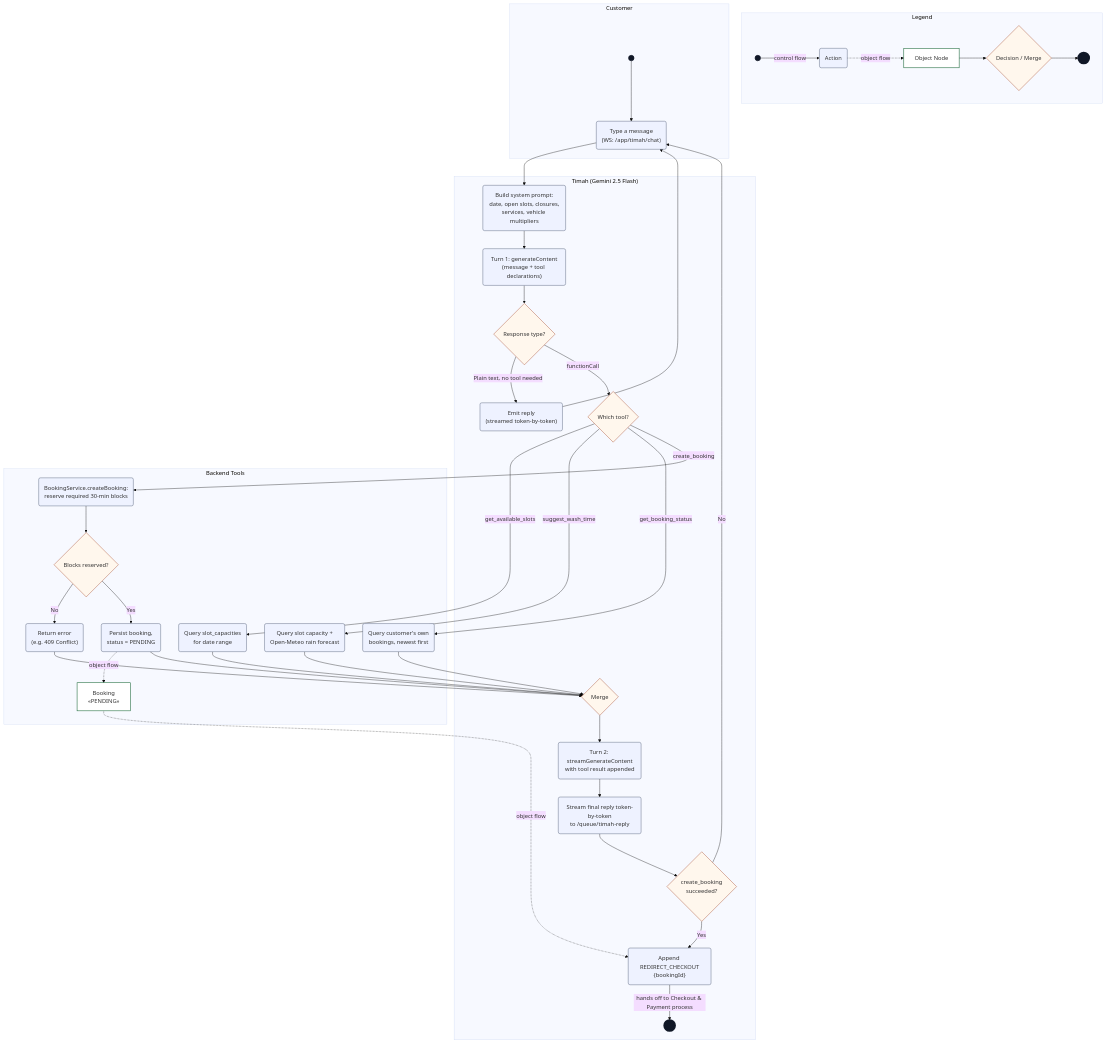
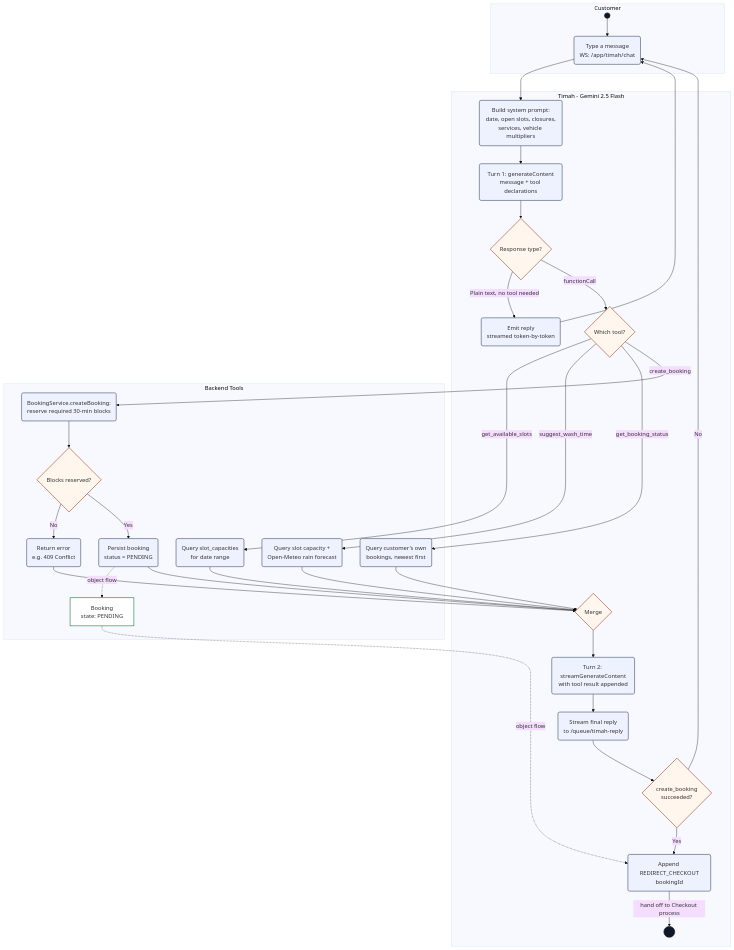
The diagram in docs/diagrams/activity-chat-booking.mmd (IqbalAzhari24/AI-Car-Wash), drawn with Mermaid (base theme) before and after one commit.

Commit message:
Simplify chat booking activity diagram
Drop the legend subgraph, switch multi-line labels from \n to <br/>
for reliable rendering, and use lighter/uniform stroke widths.

Claude-Session: https://claude.ai/code/session_01FPA9VtAYD6DtkzK9j1VQkA

```diff
--- a/docs/diagrams/activity-chat-booking.mmd
+++ b/docs/diagrams/activity-chat-booking.mmd
@@ -1,74 +1,61 @@
 flowchart TD
     classDef initial fill:#111827,stroke:#111827,stroke-width:2px;
-    classDef final fill:#111827,stroke:#111827,stroke-width:5px;
-    classDef action fill:#eef2ff,stroke:#33415c,stroke-width:1px;
-    classDef decision fill:#fff7ed,stroke:#9a3412,stroke-width:1px;
+    classDef final fill:#111827,stroke:#111827,stroke-width:2px;
+    classDef action fill:#eef2ff,stroke:#33415c,stroke-width:1.5px;
+    classDef decision fill:#fff7ed,stroke:#9a3412,stroke-width:1.5px;
     classDef object fill:#ffffff,stroke:#166534,stroke-width:1.5px;
-
-    subgraph LEGEND["Legend"]
-        direction LR
-        L1((" ")):::initial
-        L2("Action"):::action
-        L3{"Decision / Merge"}:::decision
-        L4["Object Node"]:::object
-        L5((("  "))):::final
-        L1 -->|control flow| L2
-        L2 -.->|object flow| L4
-        L4 --> L3
-        L3 --> L5
-    end
 
     subgraph CUST["Customer"]
         I((" ")):::initial
-        A2("Type a message\n(WS: /app/timah/chat)"):::action
+        A2("Type a message<br/>WS: /app/timah/chat"):::action
     end
 
-    subgraph TIMAH["Timah (Gemini 2.5 Flash)"]
-        B1("Build system prompt:\ndate, open slots, closures,\nservices, vehicle multipliers"):::action
-        B2("Turn 1: generateContent\n(message + tool declarations)"):::action
+    subgraph TIMAH["Timah - Gemini 2.5 Flash"]
+        B1("Build system prompt:<br/>date, open slots, closures,<br/>services, vehicle multipliers"):::action
+        B2("Turn 1: generateContent<br/>message + tool declarations"):::action
         B3{"Response type?"}:::decision
-        B4("Emit reply\n(streamed token-by-token)"):::action
+        B4("Emit reply<br/>streamed token-by-token"):::action
         B5{"Which tool?"}:::decision
         M1{"Merge"}:::decision
-        B6("Turn 2: streamGenerateContent\nwith tool result appended"):::action
-        B7("Stream final reply token-by-token\nto /queue/timah-reply"):::action
-        B8{"create_booking\nsucceeded?"}:::decision
-        B9("Append REDIRECT_CHECKOUT\n{bookingId}"):::action
+        B6("Turn 2: streamGenerateContent<br/>with tool result appended"):::action
+        B7("Stream final reply<br/>to /queue/timah-reply"):::action
+        B8{"create_booking<br/>succeeded?"}:::decision
+        B9("Append REDIRECT_CHECKOUT<br/>bookingId"):::action
         Z((("  "))):::final
     end
 
     subgraph TOOLS["Backend Tools"]
-        T1("Query slot_capacities\nfor date range"):::action
-        T2("Query slot capacity +\nOpen-Meteo rain forecast"):::action
-        T3("Query customer's own\nbookings, newest first"):::action
-        T4("BookingService.createBooking:\nreserve required 30-min blocks"):::action
+        T1("Query slot_capacities<br/>for date range"):::action
+        T2("Query slot capacity +<br/>Open-Meteo rain forecast"):::action
+        T3("Query customer's own<br/>bookings, newest first"):::action
+        T4("BookingService.createBooking:<br/>reserve required 30-min blocks"):::action
         T5{"Blocks reserved?"}:::decision
-        T6("Return error\n(e.g. 409 Conflict)"):::action
-        T7("Persist booking,\nstatus = PENDING"):::action
-        OBJ["Booking\n«PENDING»"]:::object
+        T6("Return error<br/>e.g. 409 Conflict"):::action
+        T7("Persist booking<br/>status = PENDING"):::action
+        OBJ["Booking<br/>state: PENDING"]:::object
     end
 
     I --> A2
     A2 --> B1 --> B2 --> B3
     B3 -->|Plain text, no tool needed| B4
     B3 -->|functionCall| B5
     B5 -->|get_available_slots| T1
     B5 -->|suggest_wash_time| T2
     B5 -->|get_booking_status| T3
     B5 -->|create_booking| T4
     T4 --> T5
     T5 -->|No| T6
     T5 -->|Yes| T7
     T7 -.->|object flow| OBJ
     T1 --> M1
     T2 --> M1
     T3 --> M1
     T6 --> M1
     T7 --> M1
     M1 --> B6
     B6 --> B7 --> B8
     B4 --> A2
     B8 -->|No| A2
     B8 -->|Yes| B9
     OBJ -.->|object flow| B9
-    B9 -->|hands off to Checkout & Payment process| Z
+    B9 -->|hand off to Checkout process| Z
```
